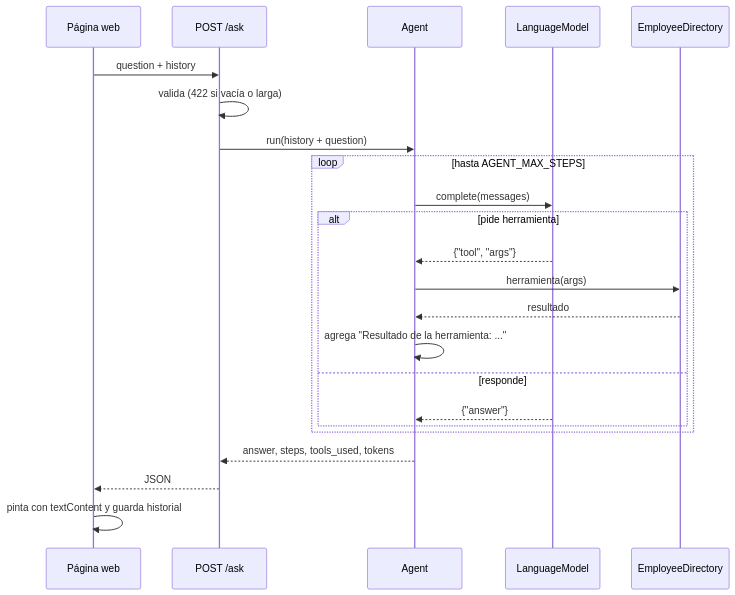
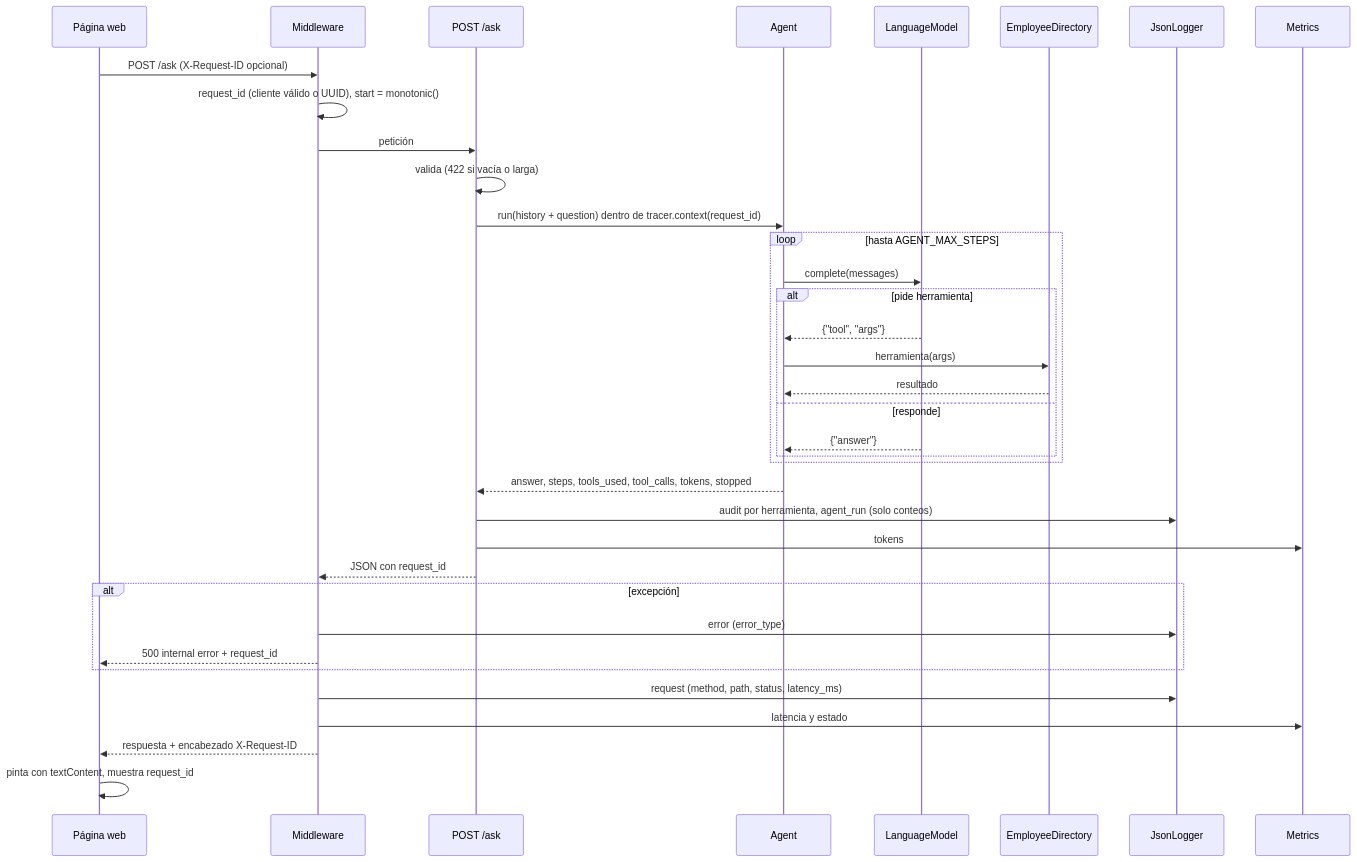
Before and after one commit to chavalalo/NextGenCode-M4: the second of 2 diagrams in product/doc/architecture.md, drawn with Mermaid. The commit also changed other lines of this file and 44 other files, not shown here.

````diff
--- a/product/doc/architecture.md
+++ b/product/doc/architecture.md
@@ -38,25 +59,38 @@
 ```mermaid
 sequenceDiagram
     participant W as Página web
+    participant MW as Middleware
     participant A as POST /ask
     participant G as Agent
     participant M as LanguageModel
     participant D as EmployeeDirectory
-    W->>A: question + history
+    participant L as JsonLogger
+    participant X as Metrics
+    W->>MW: POST /ask (X-Request-ID opcional)
+    MW->>MW: request_id (cliente válido o UUID), start = monotonic()
+    MW->>A: petición
     A->>A: valida (422 si vacía o larga)
-    A->>G: run(history + question)
+    A->>G: run(history + question) dentro de tracer.context(request_id)
     loop hasta AGENT_MAX_STEPS
         G->>M: complete(messages)
         alt pide herramienta
             M-->>G: {"tool", "args"}
             G->>D: herramienta(args)
             D-->>G: resultado
-            G->>G: agrega "Resultado de la herramienta: ..."
         else responde
             M-->>G: {"answer"}
         end
     end
-    G-->>A: answer, steps, tools_used, tokens
-    A-->>W: JSON
-    W->>W: pinta con textContent y guarda historial
+    G-->>A: answer, steps, tools_used, tool_calls, tokens, stopped
+    A->>L: audit por herramienta, agent_run (solo conteos)
+    A->>X: tokens
+    A-->>MW: JSON con request_id
+    alt excepción
+        MW->>L: error (error_type)
+        MW-->>W: 500 internal error + request_id
+    end
+    MW->>L: request (method, path, status, latency_ms)
+    MW->>X: latencia y estado
+    MW-->>W: respuesta + encabezado X-Request-ID
+    W->>W: pinta con textContent, muestra request_id
 ```
````
